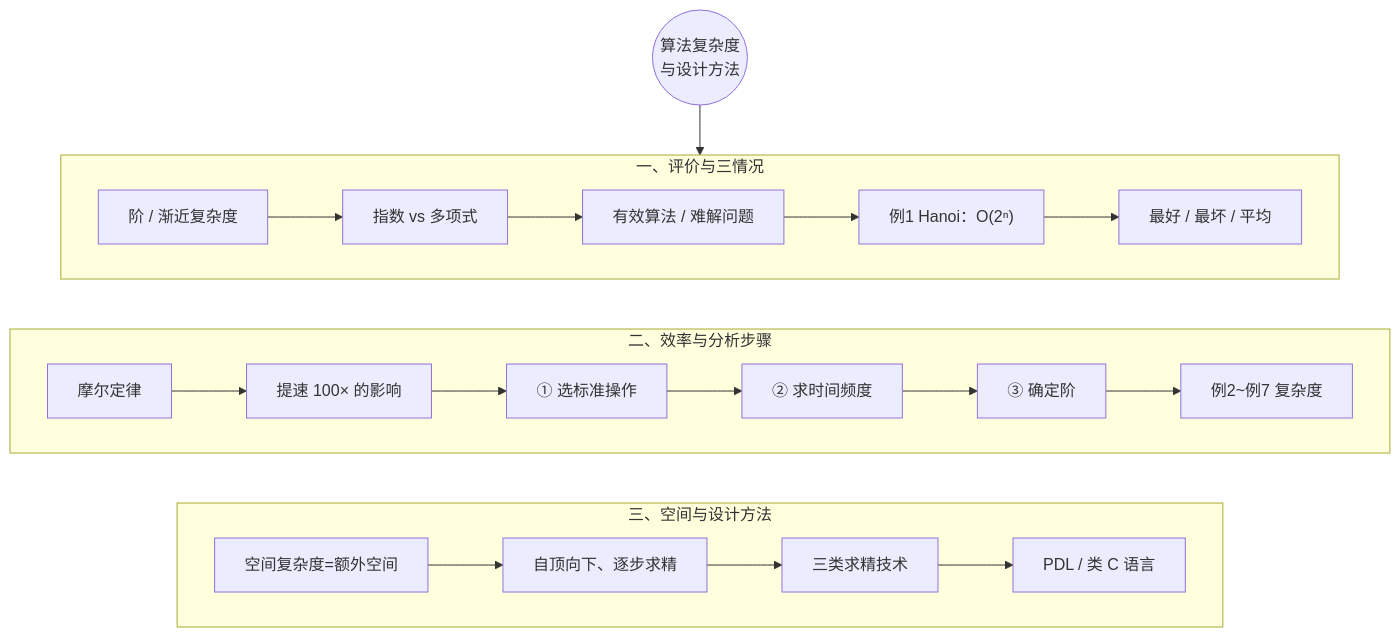
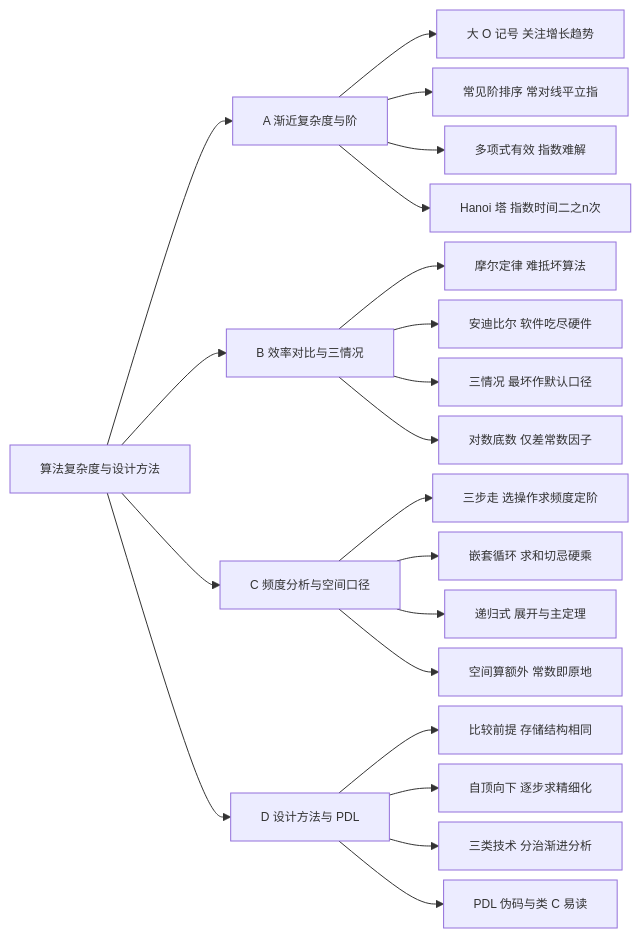
The diagram in 数据结构第三周第一节.md (gududewangzhe/data-structures-notes), drawn with Mermaid before and after one commit. The commit also changed other lines of this file and 58 other files, not shown here.

First line of the commit message:
按节次重整全部讲义并统一插图与体例

````diff
--- a/数据结构第三周第一节.md
+++ b/数据结构第三周第一节.md
@@ -16,31 +29,25 @@
 ```mermaid
-flowchart TD
-    ROOT(("算法复杂度<br/>与设计方法"))
-
-    ROOT --> A
-
-    subgraph A["一、评价与三情况"]
-        A1["阶 / 渐近复杂度"] --> A2["指数 vs 多项式"]
-        A2 --> A3["有效算法 / 难解问题"]
-        A3 --> A4["例1 Hanoi：O(2ⁿ)"]
-        A4 --> A5["最好 / 最坏 / 平均"]
-    end
-
-    A ~~~ B
-
-    subgraph B["二、效率与分析步骤"]
-        B1["摩尔定律"] --> B2["提速 100× 的影响"]
-        B2 --> B3["① 选标准操作"]
-        B3 --> B4["② 求时间频度"]
-        B4 --> B5["③ 确定阶"]
-        B5 --> B6["例2~例7 复杂度"]
-    end
-
-    B ~~~ C
-
-    subgraph C["三、空间与设计方法"]
-        C1["空间复杂度=额外空间"] --> C2["自顶向下、逐步求精"]
-        C2 --> C3["三类求精技术"]
-        C3 --> C4["PDL / 类 C 语言"]
-    end
+%%{init: {"flowchart": {"nodeSpacing": 10, "rankSpacing": 30, "curve": "basis"}, "themeVariables": {"fontSize": "12px"}}}%%
+flowchart LR
+    ROOT["算法复杂度与设计方法"]
+    ROOT --> A["A 渐近复杂度与阶"]
+    ROOT --> B["B 效率对比与三情况"]
+    ROOT --> C["C 频度分析与空间口径"]
+    ROOT --> D["D 设计方法与 PDL"]
+    A --> A1["大 O 记号 关注增长趋势"]
+    A --> A2["常见阶排序 常对线平立指"]
+    A --> A3["多项式有效 指数难解"]
+    A --> A4["Hanoi 塔 指数时间二之n次"]
+    B --> B1["摩尔定律 难抵坏算法"]
+    B --> B2["安迪比尔 软件吃尽硬件"]
+    B --> B3["三情况 最坏作默认口径"]
+    B --> B4["对数底数 仅差常数因子"]
+    C --> C1["三步走 选操作求频度定阶"]
+    C --> C2["嵌套循环 求和切忌硬乘"]
+    C --> C3["递归式 展开与主定理"]
+    C --> C4["空间算额外 常数即原地"]
+    D --> D1["比较前提 存储结构相同"]
+    D --> D2["自顶向下 逐步求精细化"]
+    D --> D3["三类技术 分治渐进分析"]
+    D --> D4["PDL 伪码与类 C 易读"]
 ```
````
